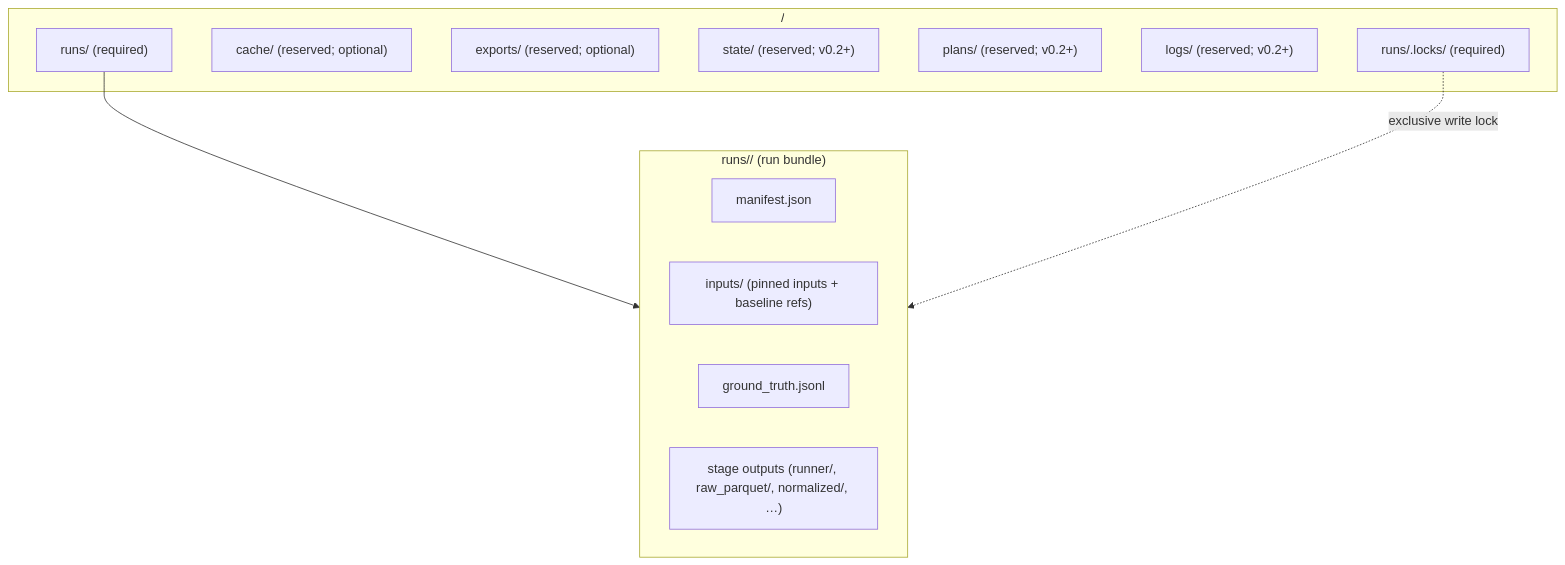
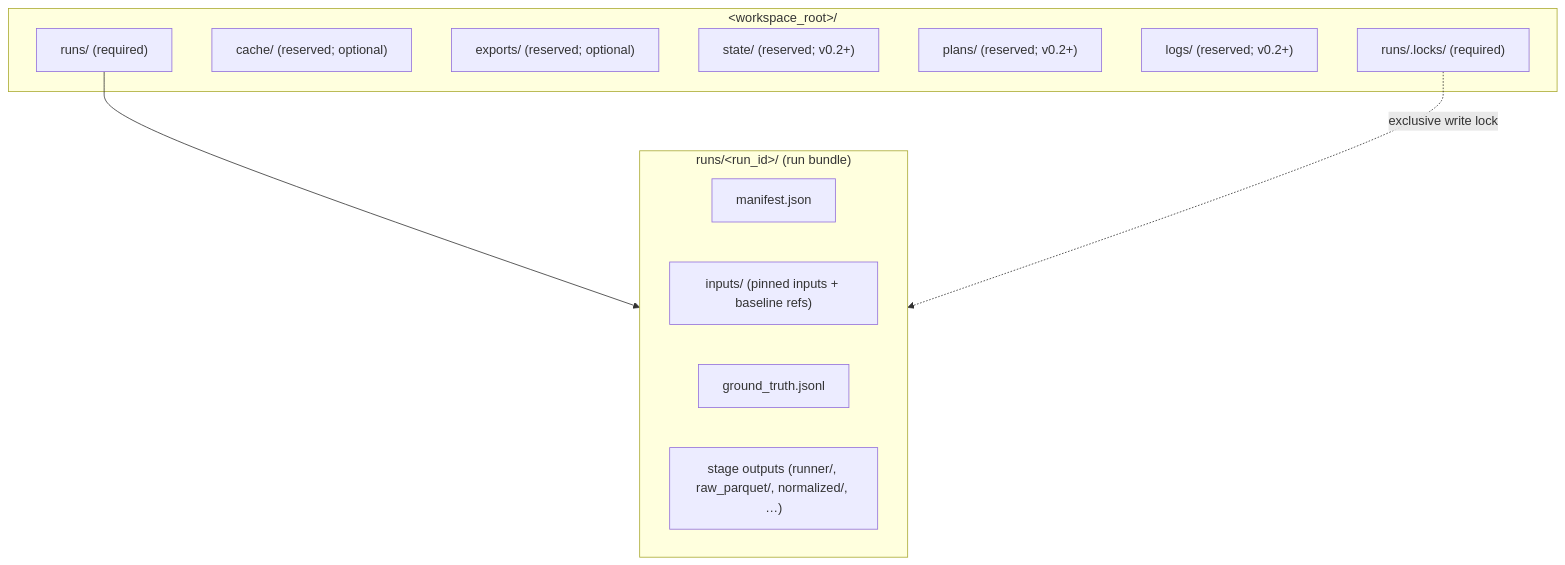
Before and after one commit to JochiRaider/purple-axiom: the first of 4 diagrams in README.md, drawn with Mermaid. The commit also changed other lines of this file, not shown here.

````diff
--- a/README.md
+++ b/README.md
@@ -148,22 +148,22 @@
 ```mermaid
 flowchart TB
-  subgraph W["<workspace_root>/"]
+  subgraph W["#lt;workspace_root#gt;/"]
     runs["runs/ (required)"]
     cache["cache/ (reserved; optional)"]
     exports["exports/ (reserved; optional)"]
     state["state/ (reserved; v0.2+)"]
     plans["plans/ (reserved; v0.2+)"]
     wlogs["logs/ (reserved; v0.2+)"]
     locks["runs/.locks/ (required)"]
   end
 
-  subgraph R["runs/<run_id>/ (run bundle)"]
+  subgraph R["runs/#lt;run_id#gt;/ (run bundle)"]
     manifest["manifest.json"]
     inputs["inputs/ (pinned inputs + baseline refs)"]
     gt["ground_truth.jsonl"]
     dirs["stage outputs (runner/, raw_parquet/, normalized/, …)"]
   end
 
   runs --> R
   locks -. exclusive write lock .-> R
 ```
````
